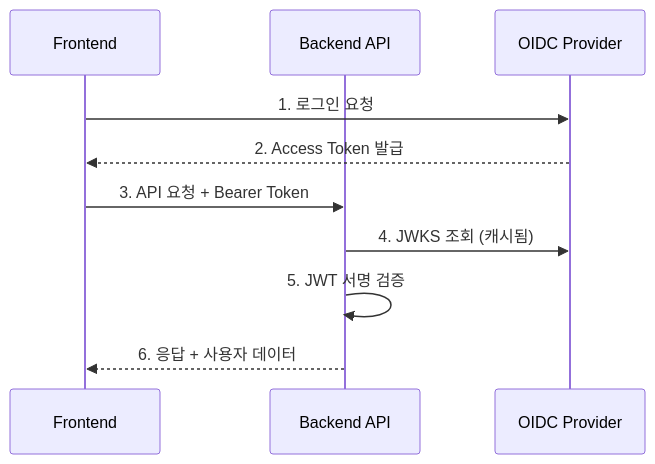
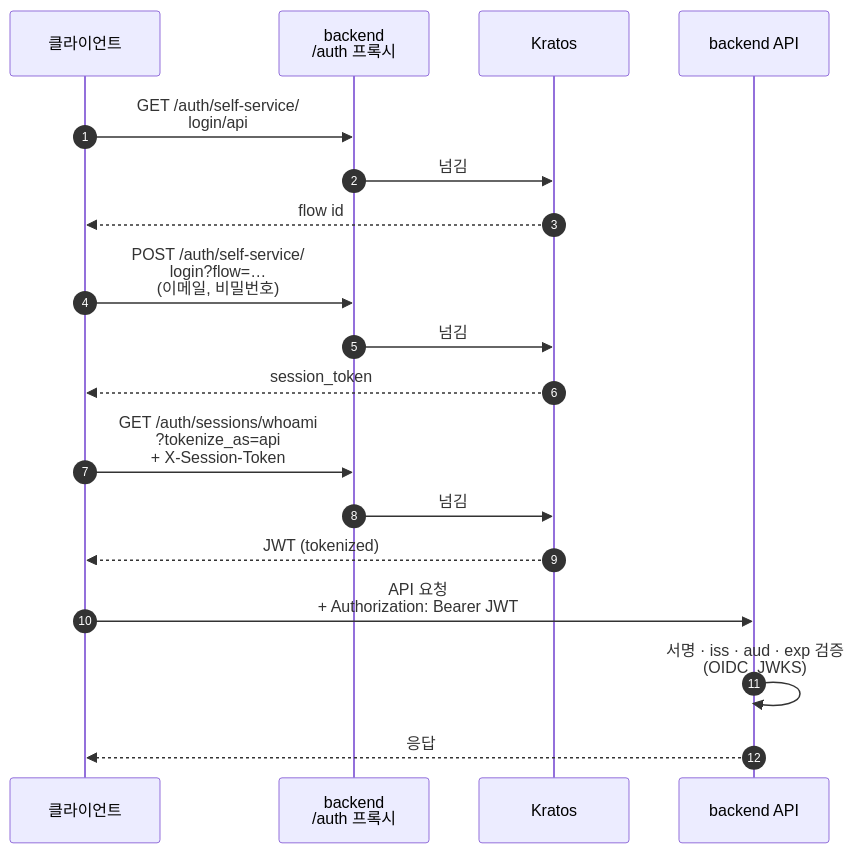
One commit to onprem-hipster-timer/backend changed the second of 3 diagrams in docs/guides/auth.ko.md. Above: the diagram before and after it, drawn with Mermaid. The commit also changed other lines of this file and 2 other files, not shown here.

Commit message:
docs: 인증 가이드를 Kratos와 /auth 프록시 구조로 고치고 게스트의 접근 확인을 공개 범위·미팅 가이드에 적는다

````diff
--- a/docs/guides/auth.ko.md
+++ b/docs/guides/auth.ko.md
@@ -12,13 +35,21 @@
 ```mermaid
 sequenceDiagram
-    participant FE as Frontend
-    participant BE as Backend API
-    participant OP as OIDC Provider
+    autonumber
+    participant FE as 클라이언트
+    participant PX as backend<br/>/auth 프록시
+    participant KR as Kratos
+    participant API as backend API
 
-    FE->>OP: 1. 로그인 요청
-    OP-->>FE: 2. Access Token 발급
-    FE->>BE: 3. API 요청 + Bearer Token
-    BE->>OP: 4. JWKS 조회 (캐시됨)
-    BE->>BE: 5. JWT 서명 검증
-    BE-->>FE: 6. 응답 + 사용자 데이터
+    FE->>PX: GET /auth/self-service/<br/>login/api
+    PX->>KR: 넘김
+    KR-->>FE: flow id
+    FE->>PX: POST /auth/self-service/<br/>login?flow=…<br/>(이메일, 비밀번호)
+    PX->>KR: 넘김
+    KR-->>FE: session_token
+    FE->>PX: GET /auth/sessions/whoami<br/>?tokenize_as=api<br/>+ X-Session-Token
+    PX->>KR: 넘김
+    KR-->>FE: JWT (tokenized)
+    FE->>API: API 요청<br/>+ Authorization: Bearer JWT
+    API->>API: 서명 · iss · aud · exp 검증<br/>(OIDC_JWKS)
+    API-->>FE: 응답
 ```
````
